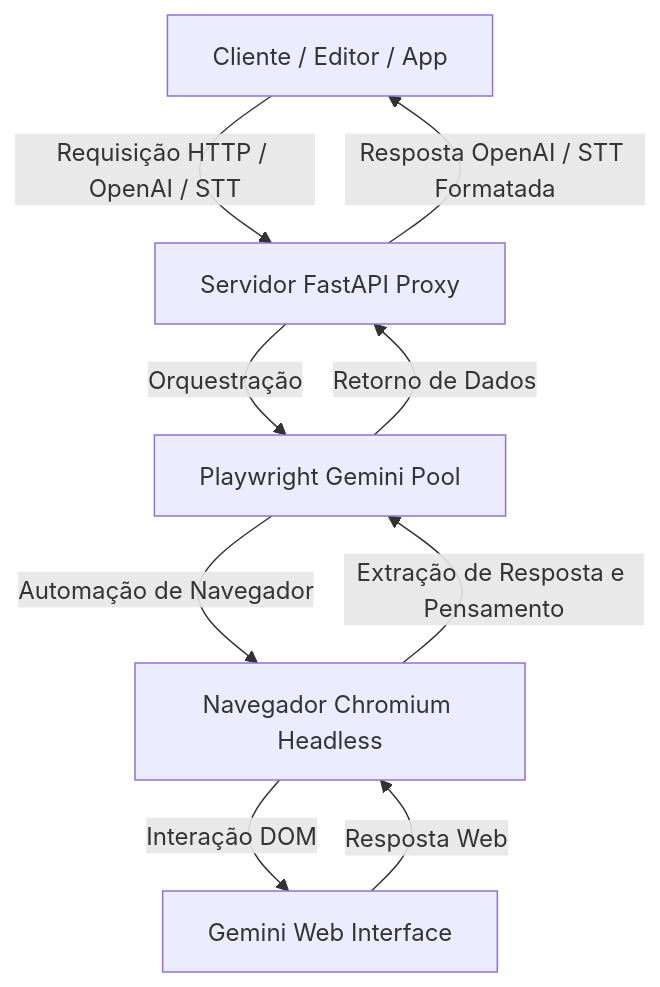
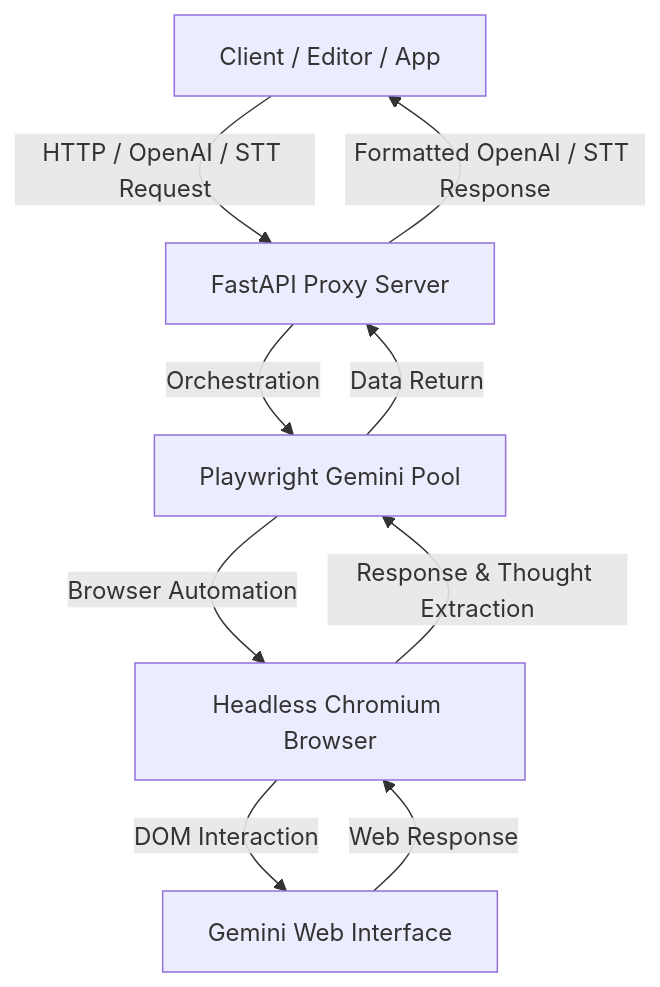
One commit to leoplanello/Gemini-API-Wrapper changed the diagram in README.md. Above: the diagram before and after it, drawn with Mermaid. The commit also changed other lines of this file, not shown here.

````diff
--- a/README.md
+++ b/README.md
@@ -17,11 +17,11 @@
 ```mermaid
 graph TD
-    Client[Cliente / Editor / App] -->|Requisição HTTP / OpenAI / STT| FastAPI[Servidor FastAPI Proxy]
-    FastAPI -->|Orquestração| Pool[Playwright Gemini Pool]
-    Pool -->|Automação de Navegador| Chromium[Navegador Chromium Headless]
-    Chromium -->|Interação DOM| GeminiWeb[Gemini Web Interface]
-    GeminiWeb -->|Resposta Web| Chromium
-    Chromium -->|Extração de Resposta e Pensamento| Pool
-    Pool -->|Retorno de Dados| FastAPI
-    FastAPI -->|Resposta OpenAI / STT Formatada| Client
+    Client[Client / Editor / App] -->|HTTP / OpenAI / STT Request| FastAPI[FastAPI Proxy Server]
+    FastAPI -->|Orchestration| Pool[Playwright Gemini Pool]
+    Pool -->|Browser Automation| Chromium[Headless Chromium Browser]
+    Chromium -->|DOM Interaction| GeminiWeb[Gemini Web Interface]
+    GeminiWeb -->|Web Response| Chromium
+    Chromium -->|Response & Thought Extraction| Pool
+    Pool -->|Data Return| FastAPI
+    FastAPI -->|Formatted OpenAI / STT Response| Client
 ```
````
